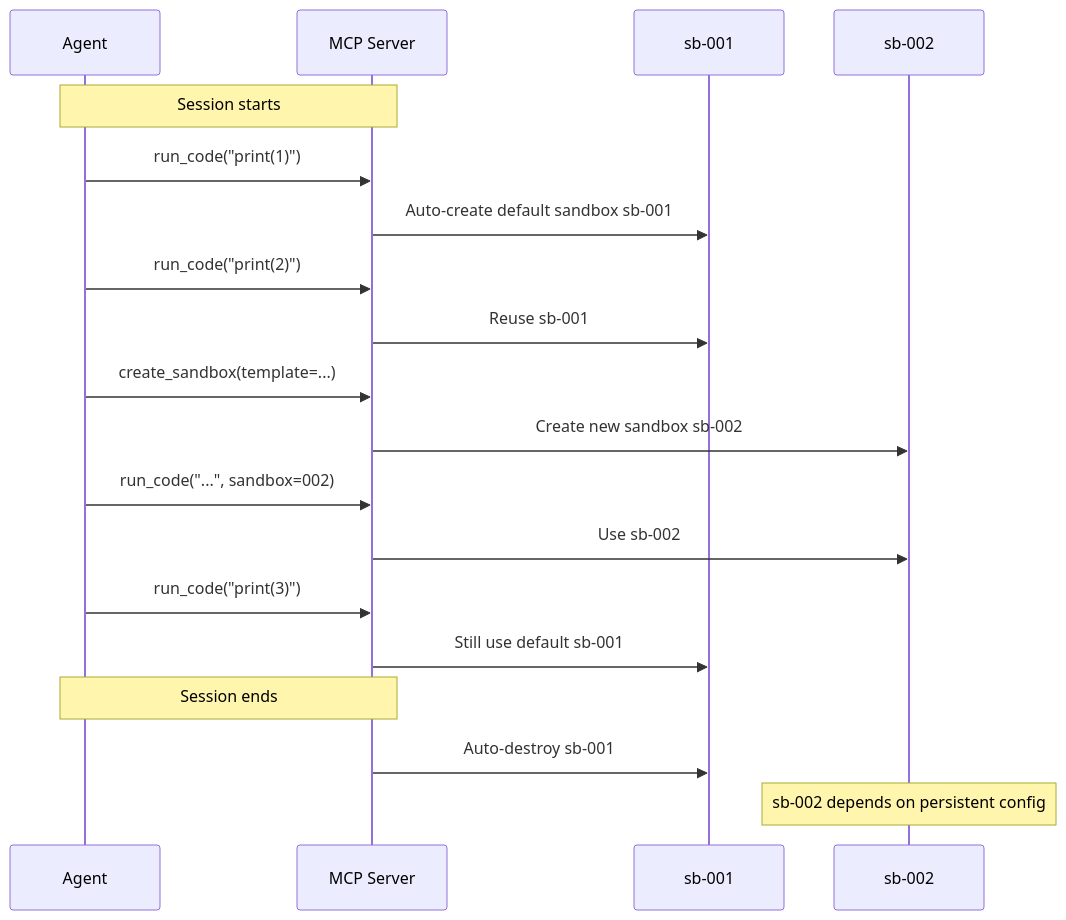
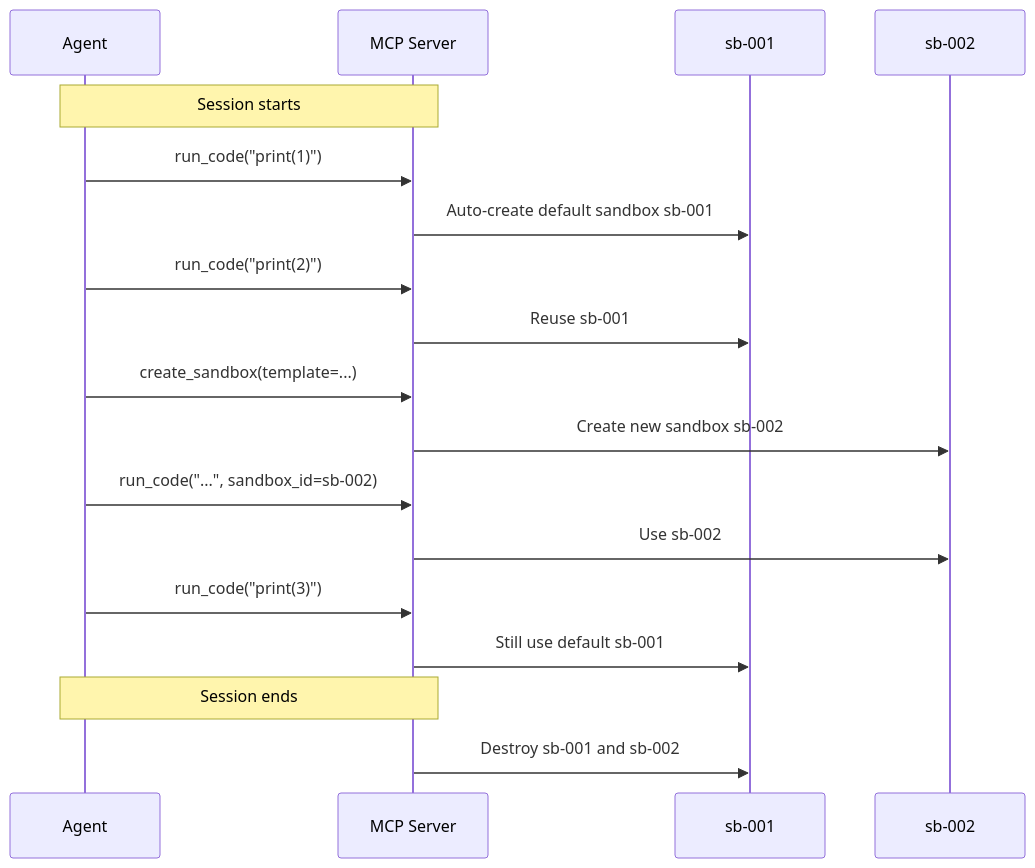
The second of 6 diagrams in docs/en/design/mcp-server.md (Easy-Sandbox/easy-sandbox), drawn with Mermaid before and after one commit. The commit also changed other lines of this file and 338 other files, not shown here.

````diff
--- a/docs/en/design/mcp-server.md
+++ b/docs/en/design/mcp-server.md
@@ -233,22 +225,21 @@
 ```mermaid
 sequenceDiagram
     participant Agent
     participant MCP as MCP Server
     participant SB1 as sb-001
     participant SB2 as sb-002
 
     Note over Agent,MCP: Session starts
     Agent->>MCP: run_code("print(1)")
     MCP->>SB1: Auto-create default sandbox sb-001
     Agent->>MCP: run_code("print(2)")
     MCP->>SB1: Reuse sb-001
     Agent->>MCP: create_sandbox(template=...)
     MCP->>SB2: Create new sandbox sb-002
-    Agent->>MCP: run_code("...", sandbox=002)
+    Agent->>MCP: run_code("...", sandbox_id=sb-002)
     MCP->>SB2: Use sb-002
     Agent->>MCP: run_code("print(3)")
     MCP->>SB1: Still use default sb-001
     Note over Agent,MCP: Session ends
-    MCP->>SB1: Auto-destroy sb-001
-    Note over SB2: sb-002 depends on persistent config
+    MCP->>SB1: Destroy sb-001 and sb-002
 ```
````
